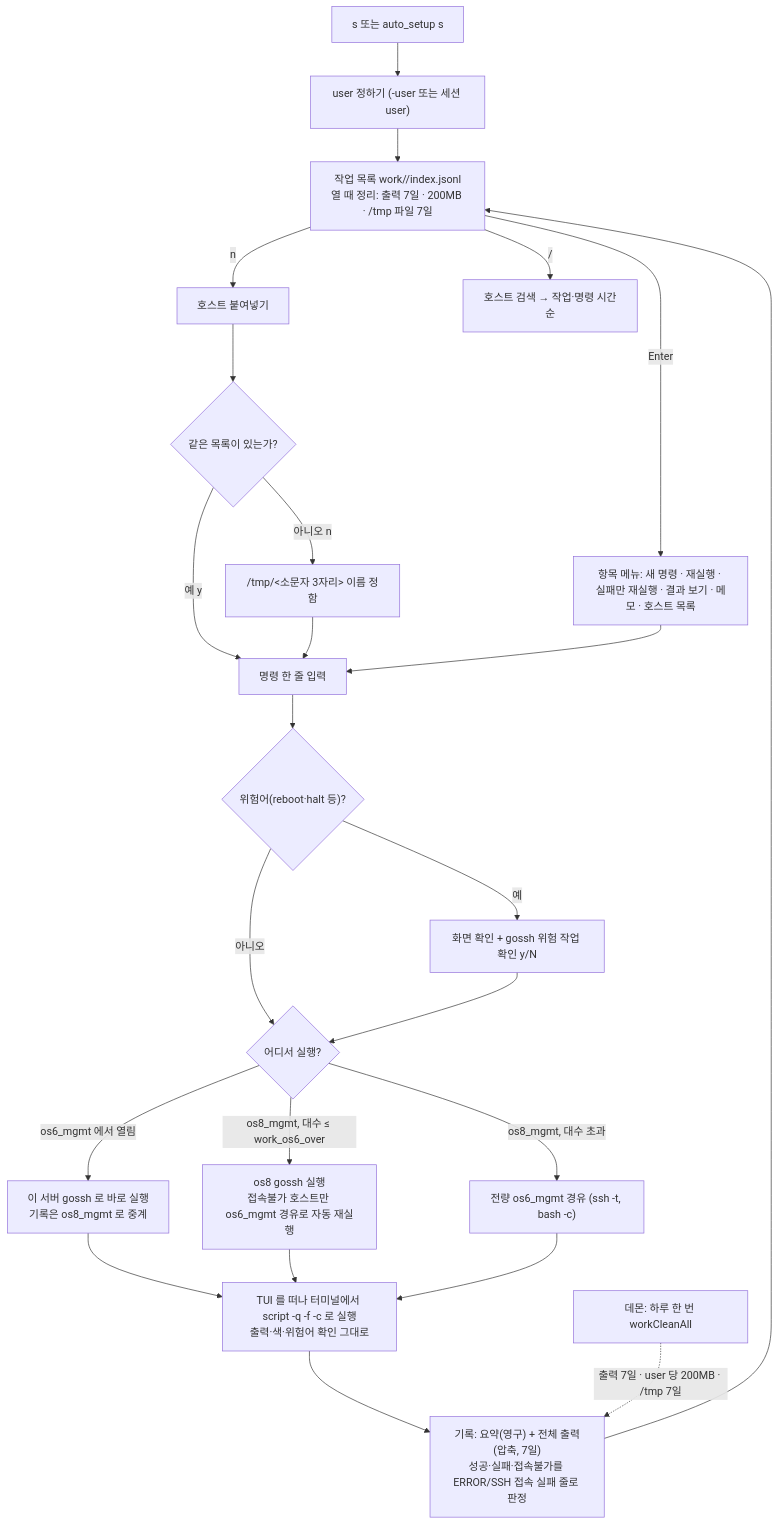
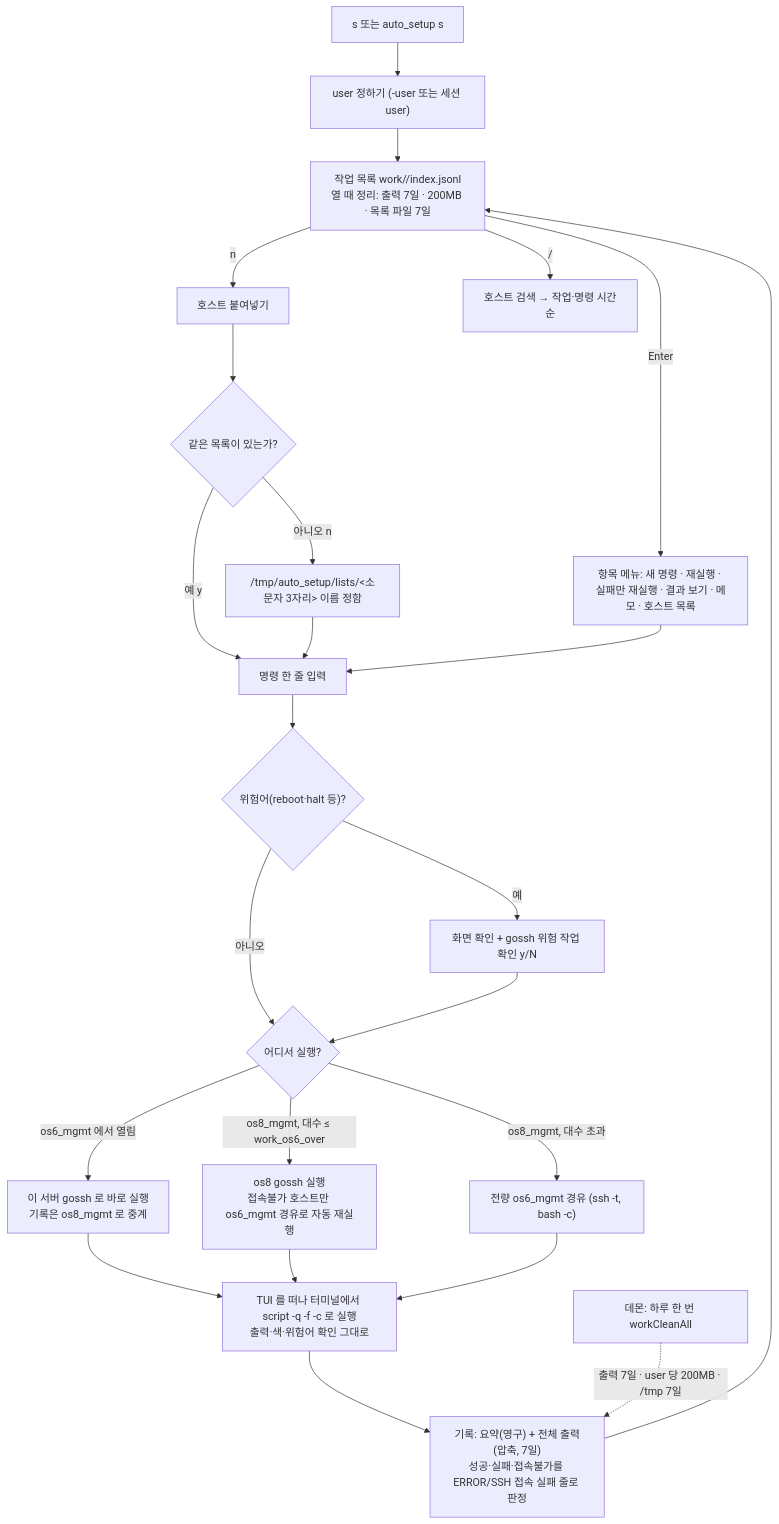
One commit to qazx2675/myrepo changed the seventh of 7 diagrams in .claude/HPC/auto_setup/WORKFLOW.md. Above: the diagram before and after it, drawn with Mermaid. The commit also changed other lines of this file and 16 other files, not shown here.

Commit message:
fix(HPC/auto_setup): v0.8.3 gossh 작업(s) 호스트 목록 파일을 /tmp/auto_setup/lists 로 이동

````diff
--- a/.claude/HPC/auto_setup/WORKFLOW.md
+++ b/.claude/HPC/auto_setup/WORKFLOW.md
@@ -315,26 +315,26 @@
 ```mermaid
 flowchart TD
     S["s 또는 auto_setup s"] --> U["user 정하기 (-user 또는 세션 user)"]
-    U --> L["작업 목록 work/<user>/index.jsonl<br/>열 때 정리: 출력 7일 · 200MB · /tmp 파일 7일"]
+    U --> L["작업 목록 work/<user>/index.jsonl<br/>열 때 정리: 출력 7일 · 200MB · 목록 파일 7일"]
     L -->|"n"| PA["호스트 붙여넣기"]
     PA --> RU{"같은 목록이 있는가?"}
     RU -->|"예 y"| CMD["명령 한 줄 입력"]
-    RU -->|"아니오 n"| NEW["/tmp/<소문자 3자리> 이름 정함"]
+    RU -->|"아니오 n"| NEW["/tmp/auto_setup/lists/<소문자 3자리> 이름 정함"]
     NEW --> CMD
     L -->|"Enter"| ITEM["항목 메뉴: 새 명령 · 재실행 · 실패만 재실행 · 결과 보기 · 메모 · 호스트 목록"]
     ITEM --> CMD
     L -->|"/"| SR["호스트 검색 → 작업·명령 시간순"]
     CMD --> DG{"위험어(reboot·halt 등)?"}
     DG -->|"예"| DC["화면 확인 + gossh 위험 작업 확인 y/N"]
     DG -->|"아니오"| PL
     DC --> PL{"어디서 실행?"}
     PL -->|"os6_mgmt 에서 열림"| O6["이 서버 gossh 로 바로 실행<br/>기록은 os8_mgmt 로 중계"]
     PL -->|"os8_mgmt, 대수 ≤ work_os6_over"| O8["os8 gossh 실행<br/>접속불가 호스트만 os6_mgmt 경유로 자동 재실행"]
     PL -->|"os8_mgmt, 대수 초과"| OA["전량 os6_mgmt 경유 (ssh -t, bash -c)"]
     O6 --> RUN["TUI 를 떠나 터미널에서 script -q -f -c 로 실행<br/>출력·색·위험어 확인 그대로"]
     O8 --> RUN
     OA --> RUN
     RUN --> REC["기록: 요약(영구) + 전체 출력(압축, 7일)<br/>성공·실패·접속불가를 ERROR/SSH 접속 실패 줄로 판정"]
     REC --> L
     DM["데몬: 하루 한 번 workCleanAll"] -.->|"출력 7일 · user 당 200MB · /tmp 7일"| REC
 ```
````
